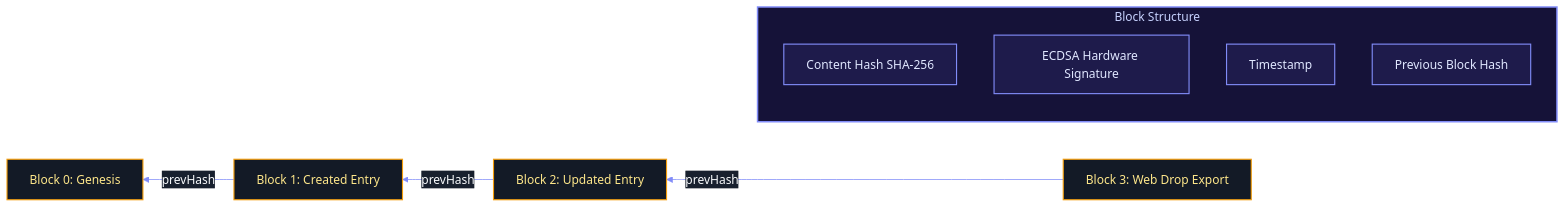
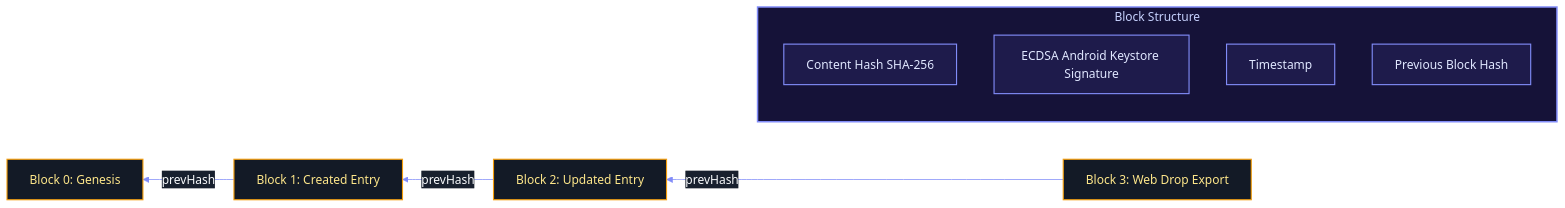
The second of 3 diagrams in docs/security.md (dwinsi/kunjika), drawn with Mermaid before and after one commit. The commit also changed other lines of this file and 11 other files, not shown here.

````diff
--- a/docs/security.md
+++ b/docs/security.md
@@ -94,41 +94,41 @@
 ```mermaid
 %%{init: {
   'theme': 'base',
   'themeVariables': {
     'darkMode': true,
     'background': '#07090E',
     'mainBkg': '#0F141C',
     'primaryColor': '#131A26',
     'primaryTextColor': '#F8FAFC',
     'primaryBorderColor': '#F59E0B',
     'lineColor': '#818CF8',
     'clusterBkg': '#0F141C',
     'clusterBorder': '#2B374A',
     'edgeLabelBackground': '#18202E'
   }
 }}%%
 graph RL
     B1[Block 0: Genesis]
     B2[Block 1: Created Entry]
     B3[Block 2: Updated Entry]
     B4[Block 3: Web Drop Export]
     
     B2 -- "prevHash" --> B1
     B3 -- "prevHash" --> B2
     B4 -- "prevHash" --> B3
 
     subgraph Block ["Block Structure"]
         H[Content Hash SHA-256]
-        S[ECDSA Hardware Signature]
+        S[ECDSA Android Keystore Signature]
         T[Timestamp]
         P[Previous Block Hash]
     end
     
     classDef goldBlock fill:#131A26,stroke:#F59E0B,stroke-width:1.5px,color:#FDE68A;
     classDef blockDetail fill:#1E1B4B,stroke:#818CF8,stroke-width:1.5px,color:#E0E7FF;
     
     class B1,B2,B3,B4 goldBlock;
     class H,S,T,P blockDetail;
     
     style Block fill:#151238,stroke:#818CF8,stroke-width:2px,color:#C7D2FE
 ```
````
